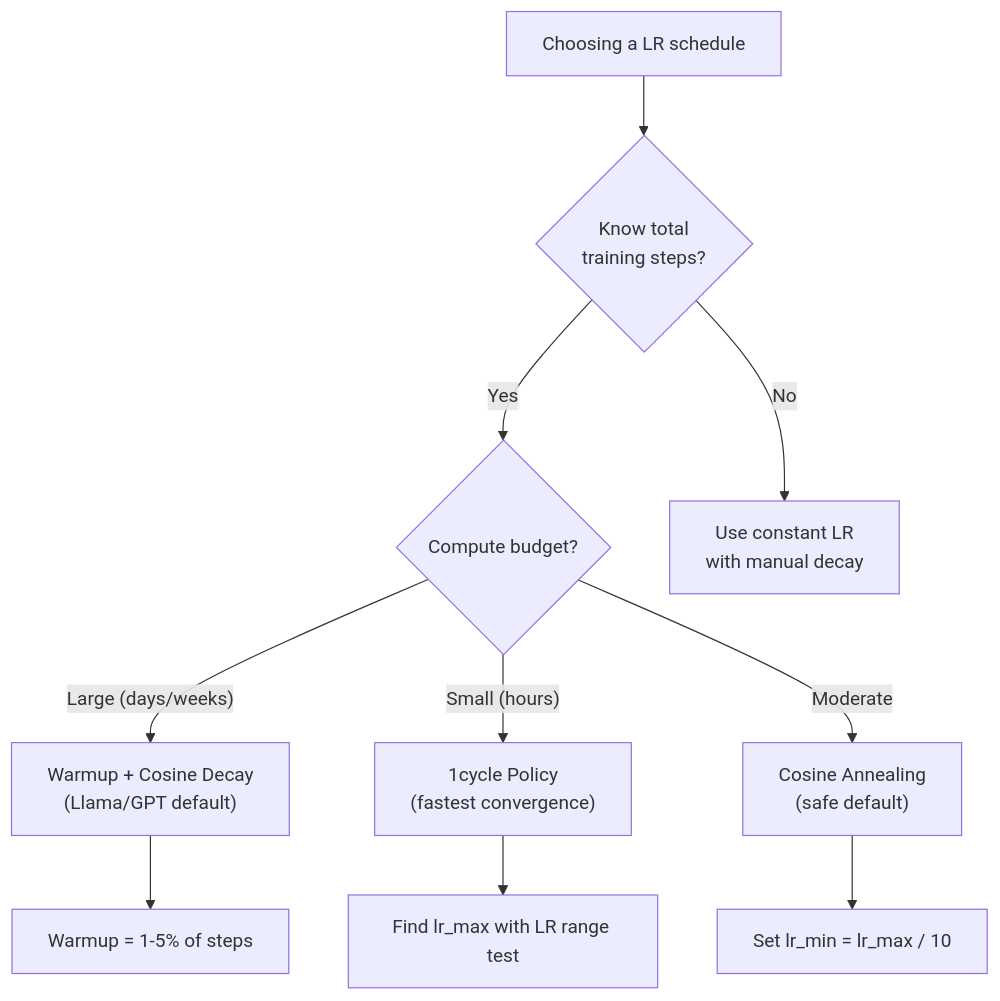
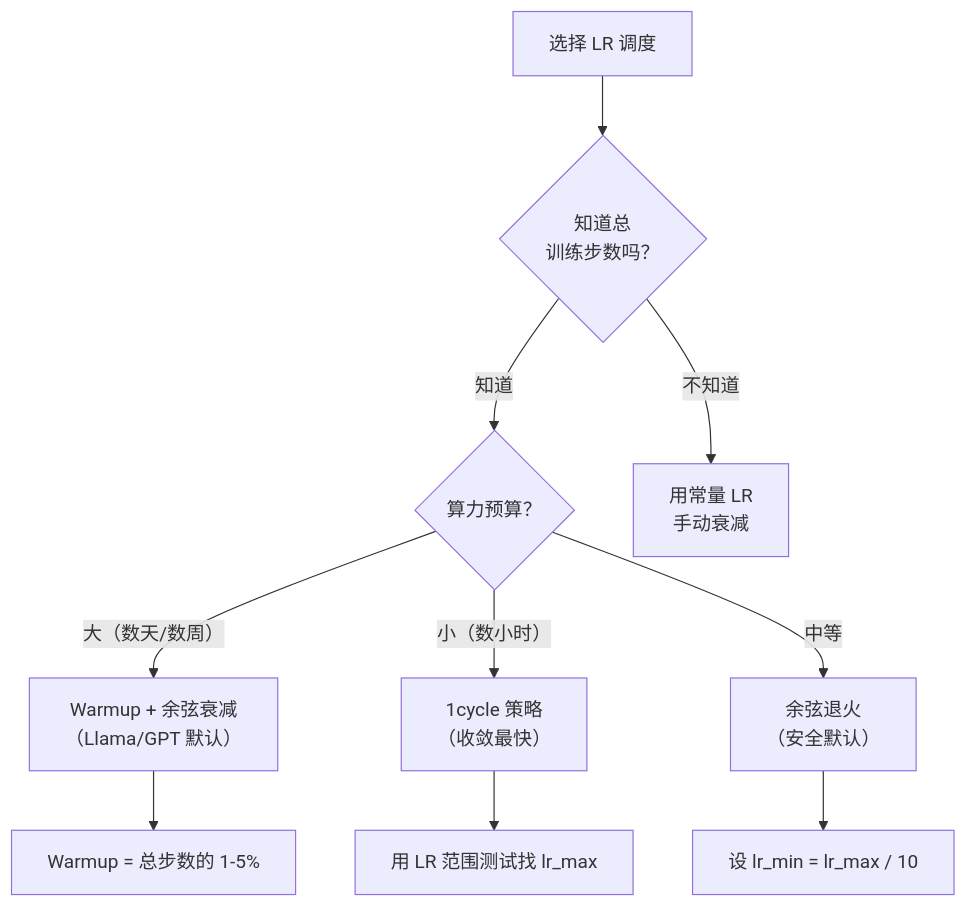
The second of 3 diagrams in phases/03-deep-learning-core/09-learning-rate-schedules/docs/zh.md (alessandrodinisio-ai/ai-engineering-learning-framework), drawn with Mermaid before and after one commit. The commit also changed other lines of this file and 120 other files, not shown here.

First line of the commit message:
i18n(mermaid): 337 个 mermaid 图表标签中文化

````diff
--- a/phases/03-deep-learning-core/09-learning-rate-schedules/docs/zh.md
+++ b/phases/03-deep-learning-core/09-learning-rate-schedules/docs/zh.md
@@ -127,15 +127,15 @@
 ```mermaid
 flowchart TD
-    Start["Choosing a LR schedule"] --> Know{"Know total<br/>training steps?"}
+    Start["选择 LR 调度"] --> Know{"知道总<br/>训练步数吗？"}
 
-    Know -->|"Yes"| Budget{"Compute budget?"}
-    Know -->|"No"| Constant["Use constant LR<br/>with manual decay"]
+    Know -->|"知道"| Budget{"算力预算？"}
+    Know -->|"不知道"| Constant["用常量 LR<br/>手动衰减"]
 
-    Budget -->|"Large (days/weeks)"| WarmCos["Warmup + Cosine Decay<br/>(Llama/GPT default)"]
-    Budget -->|"Small (hours)"| OneCycle["1cycle Policy<br/>(fastest convergence)"]
-    Budget -->|"Moderate"| Cosine["Cosine Annealing<br/>(safe default)"]
+    Budget -->|"大（数天/数周）"| WarmCos["Warmup + 余弦衰减<br/>（Llama/GPT 默认）"]
+    Budget -->|"小（数小时）"| OneCycle["1cycle 策略<br/>（收敛最快）"]
+    Budget -->|"中等"| Cosine["余弦退火<br/>（安全默认）"]
 
-    WarmCos --> Warmup["Warmup = 1-5% of steps"]
-    OneCycle --> FindLR["Find lr_max with LR range test"]
-    Cosine --> MinLR["Set lr_min = lr_max / 10"]
+    WarmCos --> Warmup["Warmup = 总步数的 1-5%"]
+    OneCycle --> FindLR["用 LR 范围测试找 lr_max"]
+    Cosine --> MinLR["设 lr_min = lr_max / 10"]
 ```
````
